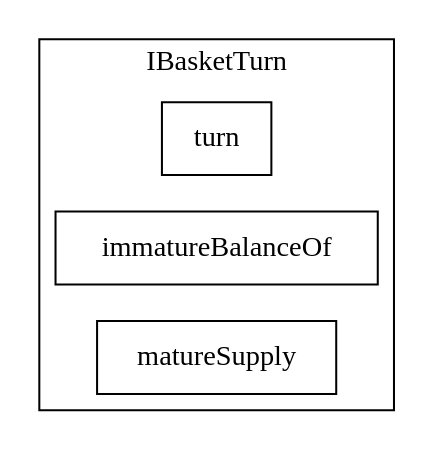
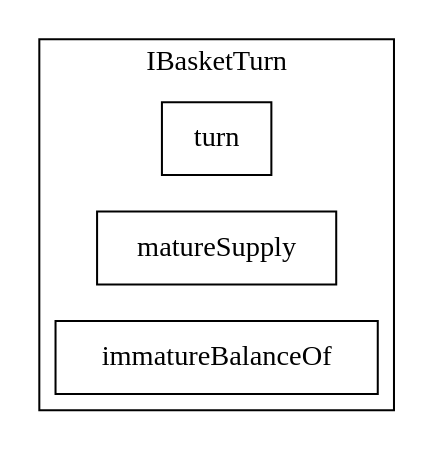
One commit to quidmints/SPV changed the diagram in evm/slither-out/...IBasketTurn.call-graph.dot. Above: the diagram before and after it, drawn with Graphviz. The commit also changed 145 other files, not shown here.

```diff
--- a/evm/slither-out/...IBasketTurn.call-graph.dot
+++ b/evm/slither-out/...IBasketTurn.call-graph.dot
@@ -1,12 +1,12 @@
 strict digraph {
 rankdir="LR"
 node [shape=box]
-subgraph cluster_47559_IBasketTurn {
+subgraph cluster_63625_IBasketTurn {
 label = "IBasketTurn"
-"47559_turn" [label="turn"]
-"47559_immatureBalanceOf" [label="immatureBalanceOf"]
-"47559_matureSupply" [label="matureSupply"]
+"63625_turn" [label="turn"]
+"63625_matureSupply" [label="matureSupply"]
+"63625_immatureBalanceOf" [label="immatureBalanceOf"]
 }subgraph cluster_solidity {
 label = "[Solidity]"
 }
 }
```
